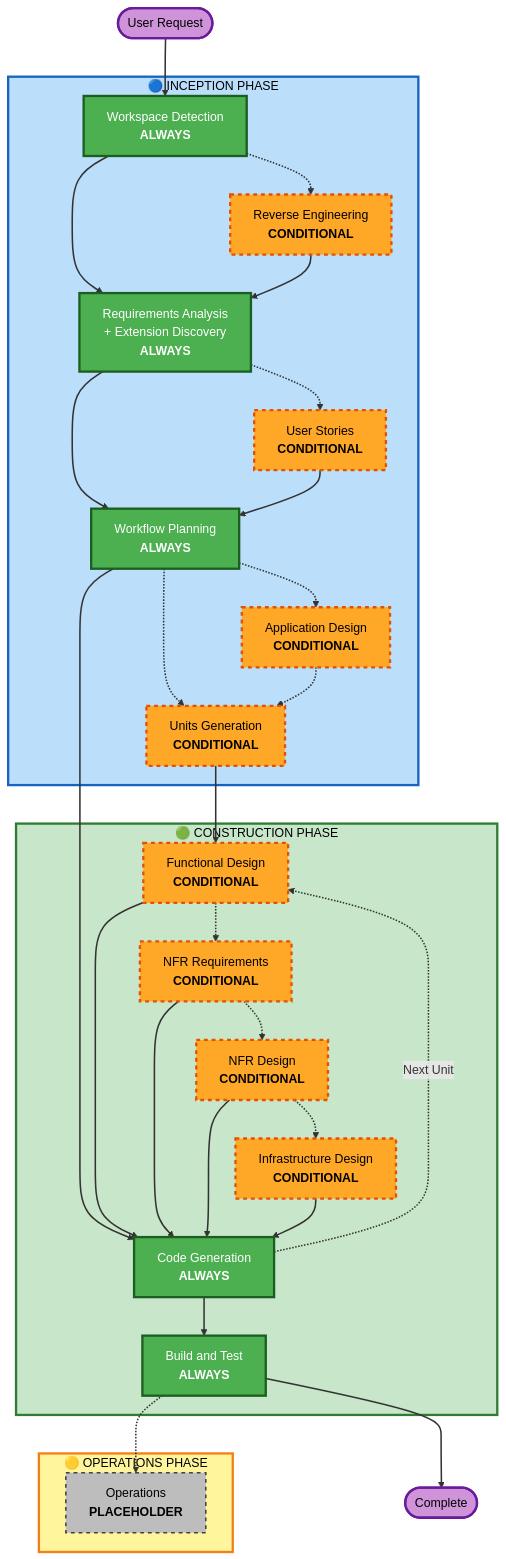
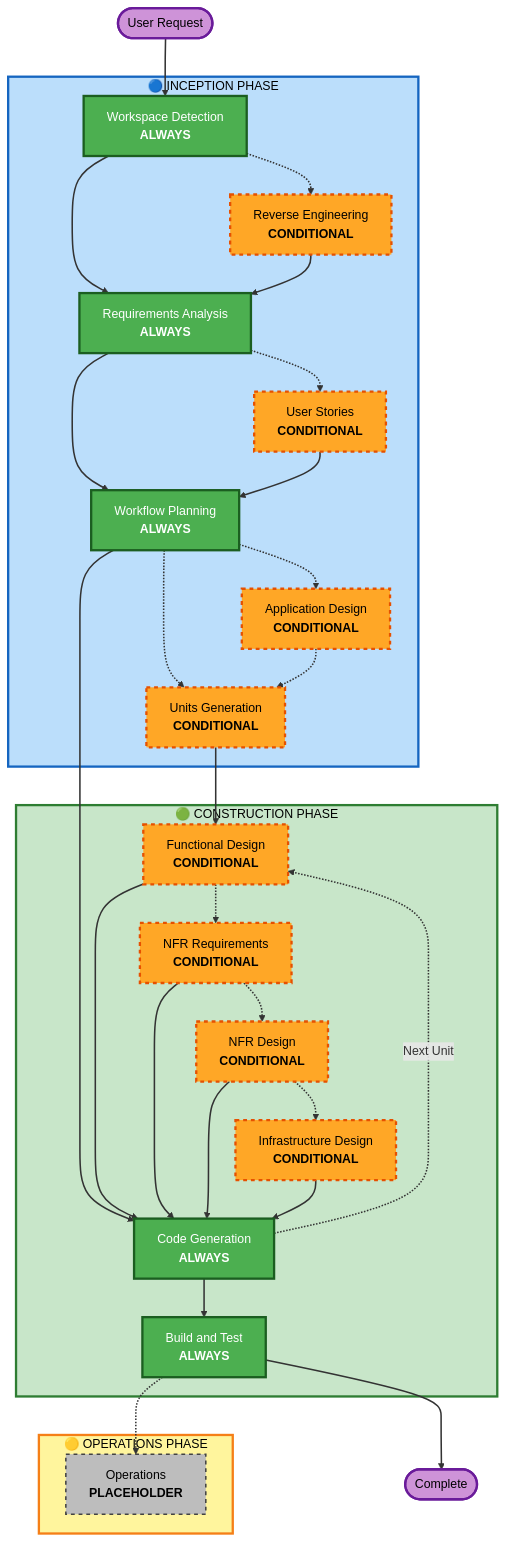
One commit to harmjeff/aidlc-workflows changed the diagram in aidlc-rules/aws-aidlc-rule-details/common/process-overview.md. Above: the diagram before and after it, drawn with Mermaid. The commit also changed other lines of this file and 18 other files, not shown here.

First line of the commit message:
feat: add built-in extensions, Required Output Artifacts, and opt-in extension discovery

````diff
--- a/aidlc-rules/aws-aidlc-rule-details/common/process-overview.md
+++ b/aidlc-rules/aws-aidlc-rule-details/common/process-overview.md
@@ -34,78 +33,78 @@
 ```mermaid
 flowchart TD
     Start(["User Request"])
     
     subgraph INCEPTION["🔵 INCEPTION PHASE"]
         WD["Workspace Detection<br/><b>ALWAYS</b>"]
         RE["Reverse Engineering<br/><b>CONDITIONAL</b>"]
-        RA["Requirements Analysis<br/>+ Extension Discovery<br/><b>ALWAYS</b>"]
+        RA["Requirements Analysis<br/><b>ALWAYS</b>"]
         Stories["User Stories<br/><b>CONDITIONAL</b>"]
         WP["Workflow Planning<br/><b>ALWAYS</b>"]
         AppDesign["Application Design<br/><b>CONDITIONAL</b>"]
         UnitsG["Units Generation<br/><b>CONDITIONAL</b>"]
     end
     
     subgraph CONSTRUCTION["🟢 CONSTRUCTION PHASE"]
         FD["Functional Design<br/><b>CONDITIONAL</b>"]
         NFRA["NFR Requirements<br/><b>CONDITIONAL</b>"]
         NFRD["NFR Design<br/><b>CONDITIONAL</b>"]
         ID["Infrastructure Design<br/><b>CONDITIONAL</b>"]
         CG["Code Generation<br/><b>ALWAYS</b>"]
         BT["Build and Test<br/><b>ALWAYS</b>"]
     end
     
     subgraph OPERATIONS["🟡 OPERATIONS PHASE"]
         OPS["Operations<br/><b>PLACEHOLDER</b>"]
     end
     
     Start --> WD
     WD -.-> RE
     WD --> RA
     RE --> RA
     
     RA -.-> Stories
     RA --> WP
     Stories --> WP
     
     WP -.-> AppDesign
     WP -.-> UnitsG
     AppDesign -.-> UnitsG
     UnitsG --> FD
     FD -.-> NFRA
     NFRA -.-> NFRD
     NFRD -.-> ID
     
     WP --> CG
     FD --> CG
     NFRA --> CG
     NFRD --> CG
     ID --> CG
     CG -.->|Next Unit| FD
     CG --> BT
     BT -.-> OPS
     BT --> End(["Complete"])
     
     style WD fill:#4CAF50,stroke:#1B5E20,stroke-width:3px,color:#fff
     style RA fill:#4CAF50,stroke:#1B5E20,stroke-width:3px,color:#fff
     style WP fill:#4CAF50,stroke:#1B5E20,stroke-width:3px,color:#fff
 
     style CG fill:#4CAF50,stroke:#1B5E20,stroke-width:3px,color:#fff
     style BT fill:#4CAF50,stroke:#1B5E20,stroke-width:3px,color:#fff
     style OPS fill:#BDBDBD,stroke:#424242,stroke-width:2px,stroke-dasharray: 5 5,color:#000
     style RE fill:#FFA726,stroke:#E65100,stroke-width:3px,stroke-dasharray: 5 5,color:#000
     style Stories fill:#FFA726,stroke:#E65100,stroke-width:3px,stroke-dasharray: 5 5,color:#000
     style AppDesign fill:#FFA726,stroke:#E65100,stroke-width:3px,stroke-dasharray: 5 5,color:#000
 
     style UnitsG fill:#FFA726,stroke:#E65100,stroke-width:3px,stroke-dasharray: 5 5,color:#000
     style FD fill:#FFA726,stroke:#E65100,stroke-width:3px,stroke-dasharray: 5 5,color:#000
     style NFRA fill:#FFA726,stroke:#E65100,stroke-width:3px,stroke-dasharray: 5 5,color:#000
     style NFRD fill:#FFA726,stroke:#E65100,stroke-width:3px,stroke-dasharray: 5 5,color:#000
     style ID fill:#FFA726,stroke:#E65100,stroke-width:3px,stroke-dasharray: 5 5,color:#000
     style INCEPTION fill:#BBDEFB,stroke:#1565C0,stroke-width:3px, color:#000
     style CONSTRUCTION fill:#C8E6C9,stroke:#2E7D32,stroke-width:3px, color:#000
     style OPERATIONS fill:#FFF59D,stroke:#F57F17,stroke-width:3px, color:#000
     style Start fill:#CE93D8,stroke:#6A1B9A,stroke-width:3px,color:#000
     style End fill:#CE93D8,stroke:#6A1B9A,stroke-width:3px,color:#000
     
     linkStyle default stroke:#333,stroke-width:2px
 ```
````
